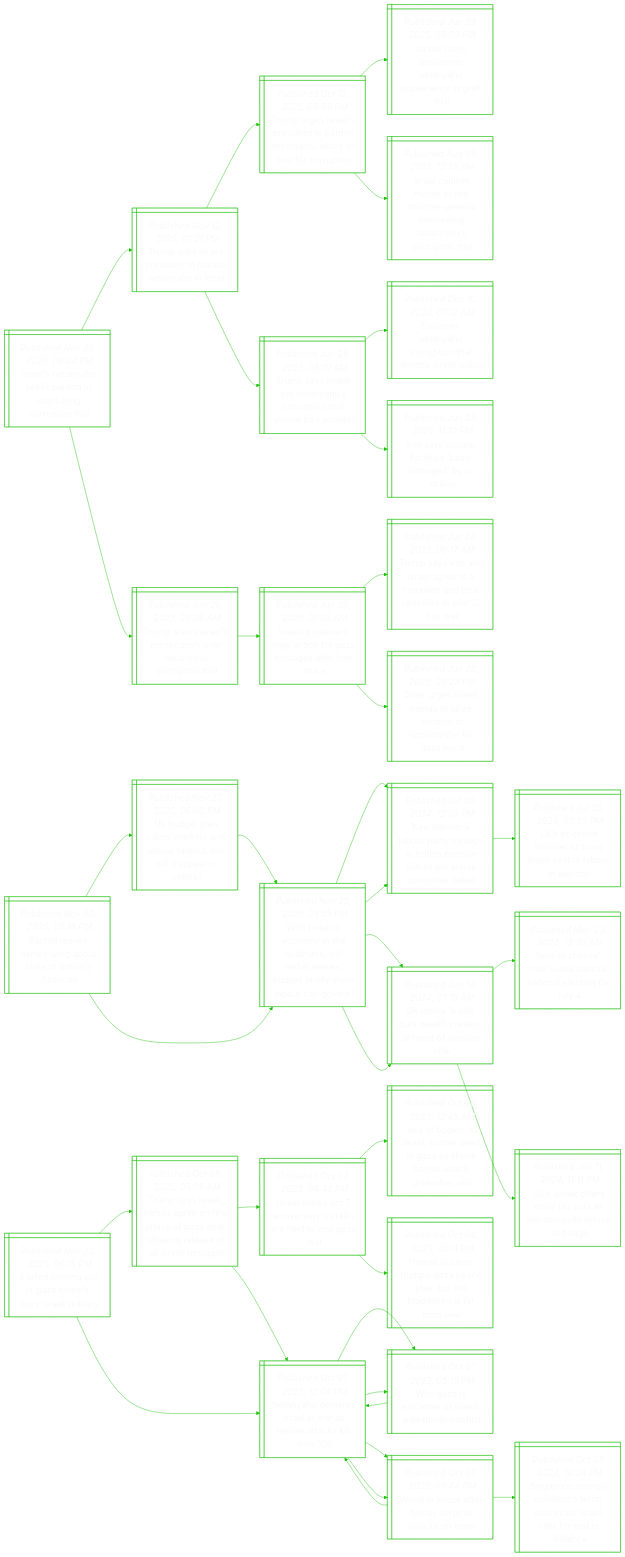
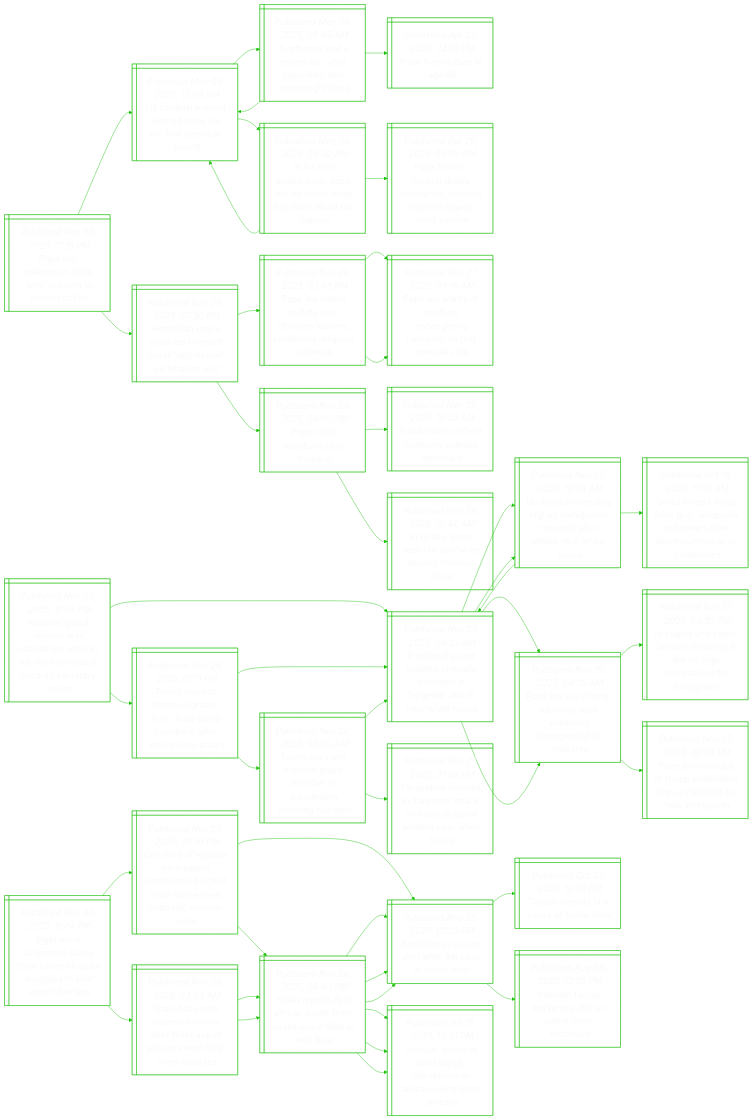
Before and after one commit to notJmes/notJmes: the diagram in README.md, drawn with Mermaid. The commit also changed other lines of this file, not shown here.

````diff
--- a/README.md
+++ b/README.md
@@ -16,118 +16,142 @@
 flowchart LR
 classDef txtsize font-size:20px;
 
-Ilausoeorii@{ shape: win-pane, label: "_Published Nov 30, 2025, 06:34 PM_
-Israel’s netanyahu seeks pardon in years-long corruption trial" }
-Tasiitdthe@{ shape: win-pane, label: "_Published Nov 12, 2025, 07:21 PM_
-Trump asks israeli president to pardon netanyahu in letter" }
-TuIlstreaororo@{ shape: win-pane, label: "_Published Oct 13, 2025, 09:09 PM_
-Trump urges israel’s president to pardon netanyahu, who’s on trial for corruption" }
-Ilrtsnarifa@{ shape: win-pane, label: "_Published Jun 29, 2025, 09:03 PM_
-Israeli court postpones netanyahu appearance in graft trial" }
-Ilnvfteeveeaotr@{ shape: win-pane, label: "_Published Aug 05, 2025, 12:55 PM_
-Israel cabinet moves to fire attorney-general overseeing netanyahu’s corruption trial" }
-Tssithriioee@{ shape: win-pane, label: "_Published Jun 26, 2025, 08:10 AM_
-Trump says israeli pm netanyahu’s corruption trial should be cancelled" }
-EieariivIll@{ shape: win-pane, label: "_Published Dec 10, 2024, 07:12 AM_
-Explainer: netanyahu corruption trial divides israeli public" }
-IacfibdeSk@{ shape: win-pane, label: "_Published Jun 25, 2025, 11:10 PM_
-Iran says nuclear facilities ‘badly damaged’ by us strikes" }
-TsIlsoeauunl@{ shape: win-pane, label: "_Published Jun 29, 2025, 08:26 AM_
-Trump slams israel’s prosecutors over netanyahu corruption trial" }
-IltreoGoeene@{ shape: win-pane, label: "_Published Jun 29, 2025, 07:05 AM_
-Israeli protesters urge action for gaza hostages after iran truce" }
-Tsrdeecedletdr@{ shape: win-pane, label: "_Published Jun 24, 2025, 06:17 AM_
-Trump says iran and israel agree to a ‘complete and total’ ceasefire to end 12-day war" }
-QuIlsinfrtGr@{ shape: win-pane, label: "_Published Jun 28, 2025, 05:23 PM_
-Qatar urges israel, hamas to seize ‘window of opportunity’ for gaza truce" }
+Peeialutaoc@{ shape: win-pane, label: "_Published Nov 30, 2025, 11:19 PM_
+Pope leo: palestinian state ‘only’ solution to israeli conflict" }
+UdPscooimat@{ shape: win-pane, label: "_Published May 09, 2025, 12:09 AM_
+Us cardinal prevost elected pope leo xiv, first american pontiff" }
+Arnclaenigi@{ shape: win-pane, label: "_Published May 09, 2025, 06:49 AM_
+A reformer and a reconciler: what pope leo’s new reign might bring" }
+Prsa@{ shape: win-pane, label: "_Published Apr 21, 2025, 04:01 PM_
+Pope francis dies at age 88" }
+UdPscooimat@{ shape: win-pane, label: "_Published May 09, 2025, 12:09 AM_
+Us cardinal prevost elected pope leo xiv, first american pontiff" }
+IfarPeoselbia@{ shape: win-pane, label: "_Published May 09, 2025, 03:40 AM_
+In his first appearance, pope leo xiv offers three big clues about his papacy" }
+UdPscooimat@{ shape: win-pane, label: "_Published May 09, 2025, 12:09 AM_
+Us cardinal prevost elected pope leo xiv, first american pontiff" }
+Prsraoddsiasv@{ shape: win-pane, label: "_Published Apr 26, 2025, 09:05 AM_
+Pope francis’ funeral draws thousands, cardinal says his legacy must survive" }
+Hlroojsienbv@{ shape: win-pane, label: "_Published Nov 29, 2025, 07:50 PM_
+Hezbollah urges pope leo to reject israeli ‘aggression’ on lebanon visit" }
+Petdsinensgvn@{ shape: win-pane, label: "_Published Nov 28, 2025, 02:58 PM_
+Pope leo meets middle east christian leaders, condemns religious violence" }
+Penocdrutivap@{ shape: win-pane, label: "_Published Nov 27, 2025, 09:18 AM_
+Pope leo warns of conflicts endangering humanity on first overseas trip" }
+Penocdrutivap@{ shape: win-pane, label: "_Published Nov 27, 2025, 09:18 AM_
+Pope leo warns of conflicts endangering humanity on first overseas trip" }
+PiIbls@{ shape: win-pane, label: "_Published Nov 29, 2025, 04:00 PM_
+Pope visits istanbul’s blue mosque" }
+Ptllhnhdm@{ shape: win-pane, label: "_Published Nov 29, 2025, 10:52 AM_
+Papal travels reflect changing catholic diplomacy" }
+Ikpkoaihiv@{ shape: win-pane, label: "_Published Nov 29, 2025, 10:46 AM_
+In turkey, pope seeks to soothe an ancient christian divide" }
 
-Ilausoeorii:::txtsize --> Tasiitdthe:::txtsize
-Tasiitdthe:::txtsize --> TuIlstreaororo:::txtsize
-TuIlstreaororo:::txtsize --> Ilrtsnarifa:::txtsize
-TuIlstreaororo:::txtsize --> Ilnvfteeveeaotr:::txtsize
-Tasiitdthe:::txtsize --> Tssithriioee:::txtsize
-Tssithriioee:::txtsize --> EieariivIll:::txtsize
-Tssithriioee:::txtsize --> IacfibdeSk:::txtsize
-Ilausoeorii:::txtsize --> TsIlsoeauunl:::txtsize
-TsIlsoeauunl:::txtsize --> IltreoGoeene:::txtsize
-IltreoGoeene:::txtsize --> Tsrdeecedletdr:::txtsize
-IltreoGoeene:::txtsize --> QuIlsinfrtGr:::txtsize
+Peeialutaoc:::txtsize --> UdPscooimat:::txtsize
+UdPscooimat:::txtsize --> Arnclaenigi:::txtsize
+Arnclaenigi:::txtsize --> Prsa:::txtsize
+Arnclaenigi:::txtsize --> UdPscooimat:::txtsize
+UdPscooimat:::txtsize --> IfarPeoselbia:::txtsize
+IfarPeoselbia:::txtsize --> UdPscooimat:::txtsize
+IfarPeoselbia:::txtsize --> Prsraoddsiasv:::txtsize
+Peeialutaoc:::txtsize --> Hlroojsienbv:::txtsize
+Hlroojsienbv:::txtsize --> Petdsinensgvn:::txtsize
+Petdsinensgvn:::txtsize --> Penocdrutivap:::txtsize
+Petdsinensgvn:::txtsize --> Penocdrutivap:::txtsize
+Hlroojsienbv:::txtsize --> PiIbls:::txtsize
+PiIbls:::txtsize --> Ptllhnhdm:::txtsize
+PiIbls:::txtsize --> Ikpkoaihiv:::txtsize
 
-RleiioaBins@{ shape: win-pane, label: "_Published Nov 30, 2025, 06:18 PM_
-Rachel reeves denies lying about state of britain’s finances" }
-Ugamknoilialt@{ shape: win-pane, label: "_Published Nov 27, 2025, 06:00 PM_
-Uk budget plan calms markets and labour faithful, but will it appeal to voters?" }
-WrnnnomlevdiyLro@{ shape: win-pane, label: "_Published Nov 25, 2025, 05:55 PM_
-With britain’s economy in the doldrums, will rachel reeves’ budget finally show labour can govern?" }
-Ktroreoiensnnsa@{ shape: win-pane, label: "_Published Jul 05, 2024, 12:05 PM_
-Keir starmer’s labour party sweeps to british election win as pm sunak concedes defeat" }
-Uoauaroeftf@{ shape: win-pane, label: "_Published Jun 13, 2024, 07:15 AM_
-Uk labour leader puts wealth creation at heart of election offer" }
-WrnnnomlevdiyLro@{ shape: win-pane, label: "_Published Nov 25, 2025, 05:55 PM_
-With britain’s economy in the doldrums, will rachel reeves’ budget finally show labour can govern?" }
-Ktroreoiensnnsa@{ shape: win-pane, label: "_Published Jul 05, 2024, 12:05 PM_
-Keir starmer’s labour party sweeps to british election win as pm sunak concedes defeat" }
-Upmtzsstoei@{ shape: win-pane, label: "_Published Jul 05, 2024, 02:25 PM_
-Uk’s ex-prime minister liz truss loses seat to labour in election" }
-Uoauaroeftf@{ shape: win-pane, label: "_Published Jun 13, 2024, 07:15 AM_
-Uk labour leader puts wealth creation at heart of election offer" }
-Toshalaacfl@{ shape: win-pane, label: "_Published May 23, 2024, 12:20 AM_
-‘time to choose’: rishi sunak calls uk national election for july 4" }
-Unfoxacpred@{ shape: win-pane, label: "_Published Jun 11, 2024, 11:11 PM_
-Uk’s sunak offers more tax cuts as election polls refuse to budge" }
+NnaowdihnyeSicrm@{ shape: win-pane, label: "_Published Nov 30, 2025, 11:06 PM_
+National guard shooter was radicalised while in us, says homeland security secretary noem" }
+Nnalsiydttteiu@{ shape: win-pane, label: "_Published Nov 27, 2025, 04:33 AM_
+2 national guard soldiers critically wounded in ‘targeted’ attack near white house" }
+Upcnhmteteaats@{ shape: win-pane, label: "_Published Nov 27, 2025, 10:58 AM_
+Us stops processing afghan immigration requests after attack near white house" }
+Nnalsiydttteiu@{ shape: win-pane, label: "_Published Nov 27, 2025, 04:33 AM_
+2 national guard soldiers critically wounded in ‘targeted’ attack near white house" }
+Pfrygkiuregncr@{ shape: win-pane, label: "_Published Oct 18, 2025, 11:35 AM_
+‘pried fingers away from gun’: wikipedia volunteers take down gunman at us conference" }
+Pespnaemipuit@{ shape: win-pane, label: "_Published Nov 19, 2025, 04:38 AM_
+Pope leo says trump administration ‘extremely disrespectful’ to migrants" }
+Ipnsohehrmirgs@{ shape: win-pane, label: "_Published Nov 17, 2025, 04:50 PM_
+In pulpits and pews, catholic churches in the us urge compassion for immigrants" }
+PeieubnUhslit@{ shape: win-pane, label: "_Published Nov 07, 2025, 06:25 PM_
+Pope leo’s critique of trump emboldens top us catholics to help immigrants" }
+TvozrnTWcrfagt@{ shape: win-pane, label: "_Published Nov 28, 2025, 01:11 PM_
+Trump vows to freeze migration from ‘third world countries’ after washington attack" }
+Nnalsiydttteiu@{ shape: win-pane, label: "_Published Nov 27, 2025, 04:33 AM_
+2 national guard soldiers critically wounded in ‘targeted’ attack near white house" }
+Upcnhmteteaats@{ shape: win-pane, label: "_Published Nov 27, 2025, 10:58 AM_
+Us stops processing afghan immigration requests after attack near white house" }
+Pespnaemipuit@{ shape: win-pane, label: "_Published Nov 19, 2025, 04:38 AM_
+Pope leo says trump administration ‘extremely disrespectful’ to migrants" }
+TsniGmrstogi@{ shape: win-pane, label: "_Published Nov 28, 2025, 09:30 AM_
+Trump says one national guard member in washington shooting has died" }
+Nnalsiydttteiu@{ shape: win-pane, label: "_Published Nov 27, 2025, 04:33 AM_
+2 national guard soldiers critically wounded in ‘targeted’ attack near white house" }
+Foosrdcaardnho@{ shape: win-pane, label: "_Published Nov 27, 2025, 01:08 PM_
+Fbi probes motives in ‘targeted’ attack on national guard soldiers near white house" }
 
-RleiioaBins:::txtsize --> Ugamknoilialt:::txtsize
-Ugamknoilialt:::txtsize --> WrnnnomlevdiyLro:::txtsize
-WrnnnomlevdiyLro:::txtsize --> Ktroreoiensnnsa:::txtsize
-WrnnnomlevdiyLro:::txtsize --> Uoauaroeftf:::txtsize
-RleiioaBins:::txtsize --> WrnnnomlevdiyLro:::txtsize
-WrnnnomlevdiyLro:::txtsize --> Ktroreoiensnnsa:::txtsize
-Ktroreoiensnnsa:::txtsize --> Upmtzsstoei:::txtsize
-WrnnnomlevdiyLro:::txtsize --> Uoauaroeftf:::txtsize
-Uoauaroeftf:::txtsize --> Toshalaacfl:::txtsize
-Uoauaroeftf:::txtsize --> Unfoxacpred:::txtsize
+NnaowdihnyeSicrm:::txtsize --> Nnalsiydttteiu:::txtsize
+Nnalsiydttteiu:::txtsize --> Upcnhmteteaats:::txtsize
+Upcnhmteteaats:::txtsize --> Nnalsiydttteiu:::txtsize
+Upcnhmteteaats:::txtsize --> Pfrygkiuregncr:::txtsize
+Nnalsiydttteiu:::txtsize --> Pespnaemipuit:::txtsize
+Pespnaemipuit:::txtsize --> Ipnsohehrmirgs:::txtsize
+Pespnaemipuit:::txtsize --> PeieubnUhslit:::txtsize
+NnaowdihnyeSicrm:::txtsize --> TvozrnTWcrfagt:::txtsize
+TvozrnTWcrfagt:::txtsize --> Nnalsiydttteiu:::txtsize
+Nnalsiydttteiu:::txtsize --> Upcnhmteteaats:::txtsize
+Nnalsiydttteiu:::txtsize --> Pespnaemipuit:::txtsize
+TvozrnTWcrfagt:::txtsize --> TsniGmrstogi:::txtsize
+TsniGmrstogi:::txtsize --> Nnalsiydttteiu:::txtsize
+TsniGmrstogi:::txtsize --> Foosrdcaardnho:::txtsize
 
-kdnoaeyair@{ shape: win-pane, label: "_Published Nov 30, 2025, 06:15 PM_
-4 killed coming out of gaza tunnels, says israeli military" }
-TssHaossaaorslaoe@{ shape: win-pane, label: "_Published Oct 09, 2025, 05:09 AM_
-Trump says israel, hamas agree on first phase of gaza deal, allowing release of all israeli hostages" }
-Ilsnrakhoar@{ shape: win-pane, label: "_Published Oct 07, 2025, 04:43 PM_
-Israel marks oct 7 anniversary as talks are held to end gaza war" }
-Sbsrcdnacaale@{ shape: win-pane, label: "_Published Oct 08, 2023, 12:45 AM_
-‘sea of bodies’ in israel, scores dead in gaza as shock hamas attack unleashes war" }
-Hatmzcnhodro@{ shape: win-pane, label: "_Published Oct 04, 2025, 05:11 PM_
-Hamas accepts trump’s gaza peace plan, but the bloodshed is far from over" }
-NyeeawHakl@{ shape: win-pane, label: "_Published Oct 07, 2023, 12:04 PM_
-Netanyahu declares israel at war as hamas attacks kill over 100" }
-WzptIleint@{ shape: win-pane, label: "_Published Oct 07, 2023, 05:15 PM_
-Why gaza is epicentre of israeli-palestinian conflict" }
-Wiceapaks@{ shape: win-pane, label: "_Published Oct 07, 2023, 06:44 PM_
-World in shock after hamas surprise attacks on israel" }
-NyeeawHakl@{ shape: win-pane, label: "_Published Oct 07, 2023, 12:04 PM_
-Netanyahu declares israel at war as hamas attacks kill over 100" }
-WzptIleint@{ shape: win-pane, label: "_Published Oct 07, 2023, 05:15 PM_
-Why gaza is epicentre of israeli-palestinian conflict" }
-NyeeawHakl@{ shape: win-pane, label: "_Published Oct 07, 2023, 12:04 PM_
-Netanyahu declares israel at war as hamas attacks kill over 100" }
-Wiceapaks@{ shape: win-pane, label: "_Published Oct 07, 2023, 06:44 PM_
-World in shock after hamas surprise attacks on israel" }
-NyeeawHakl@{ shape: win-pane, label: "_Published Oct 07, 2023, 12:04 PM_
-Netanyahu declares israel at war as hamas attacks kill over 100" }
-SptldtrcIlsnic@{ shape: win-pane, label: "_Published Oct 07, 2023, 10:24 PM_
-Singapore strongly condemns terror attacks on israel, calls for end to violence" }
+EmutivsSsgotra@{ shape: win-pane, label: "_Published Nov 30, 2025, 10:14 PM_
+Eight more suspected swine fever cases as spain struggles to limit export damage" }
+OiSskrtaldeerries@{ shape: win-pane, label: "_Published Nov 29, 2025, 09:10 PM_
+One third of spanish pork export certificates blocked since swine fever outbreak, minister says" }
+SKistrswe@{ shape: win-pane, label: "_Published Nov 25, 2025, 02:13 PM_
+South korea issues alert after 6th case of swine fever" }
+Tncrssf@{ shape: win-pane, label: "_Published Oct 23, 2025, 12:50 PM_
+Taiwan detects first cases of swine fever" }
+Vairniweua@{ shape: win-pane, label: "_Published Aug 05, 2025, 12:55 PM_
+Vietnam facing worsening african swine fever outbreaks" }
+Srtsiweainb@{ shape: win-pane, label: "_Published Nov 28, 2025, 06:43 PM_
+Spain reports first african swine fever cases since 1994 in wild boar" }
+SKistrswe@{ shape: win-pane, label: "_Published Nov 25, 2025, 02:13 PM_
+South korea issues alert after 6th case of swine fever" }
+Vanopitaiweps@{ shape: win-pane, label: "_Published Jul 18, 2025, 12:01 PM_
+Vietnam warns of food supply disruptions as african swine fever spreads" }
+Shpxsitrsfnened@{ shape: win-pane, label: "_Published Nov 29, 2025, 02:33 AM_
+Spain halts pork exports to china after first case of african swine flu in three decades" }
+Srtsiweainb@{ shape: win-pane, label: "_Published Nov 28, 2025, 06:43 PM_
+Spain reports first african swine fever cases since 1994 in wild boar" }
+SKistrswe@{ shape: win-pane, label: "_Published Nov 25, 2025, 02:13 PM_
+South korea issues alert after 6th case of swine fever" }
+Vanopitaiweps@{ shape: win-pane, label: "_Published Jul 18, 2025, 12:01 PM_
+Vietnam warns of food supply disruptions as african swine fever spreads" }
+Srtsiweainb@{ shape: win-pane, label: "_Published Nov 28, 2025, 06:43 PM_
+Spain reports first african swine fever cases since 1994 in wild boar" }
+SKistrswe@{ shape: win-pane, label: "_Published Nov 25, 2025, 02:13 PM_
+South korea issues alert after 6th case of swine fever" }
+Vanopitaiweps@{ shape: win-pane, label: "_Published Jul 18, 2025, 12:01 PM_
+Vietnam warns of food supply disruptions as african swine fever spreads" }
 
-kdnoaeyair:::txtsize --> TssHaossaaorslaoe:::txtsize
-TssHaossaaorslaoe:::txtsize --> Ilsnrakhoar:::txtsize
-Ilsnrakhoar:::txtsize --> Sbsrcdnacaale:::txtsize
-Ilsnrakhoar:::txtsize --> Hatmzcnhodro:::txtsize
-TssHaossaaorslaoe:::txtsize --> NyeeawHakl:::txtsize
-NyeeawHakl:::txtsize --> WzptIleint:::txtsize
-NyeeawHakl:::txtsize --> Wiceapaks:::txtsize
-kdnoaeyair:::txtsize --> NyeeawHakl:::txtsize
-NyeeawHakl:::txtsize --> WzptIleint:::txtsize
-WzptIleint:::txtsize --> NyeeawHakl:::txtsize
-NyeeawHakl:::txtsize --> Wiceapaks:::txtsize
-Wiceapaks:::txtsize --> NyeeawHakl:::txtsize
-Wiceapaks:::txtsize --> SptldtrcIlsnic:::txtsize
+EmutivsSsgotra:::txtsize --> OiSskrtaldeerries:::txtsize
+OiSskrtaldeerries:::txtsize --> SKistrswe:::txtsize
+SKistrswe:::txtsize --> Tncrssf:::txtsize
+SKistrswe:::txtsize --> Vairniweua:::txtsize
+OiSskrtaldeerries:::txtsize --> Srtsiweainb:::txtsize
+Srtsiweainb:::txtsize --> SKistrswe:::txtsize
+Srtsiweainb:::txtsize --> Vanopitaiweps:::txtsize
+EmutivsSsgotra:::txtsize --> Shpxsitrsfnened:::txtsize
+Shpxsitrsfnened:::txtsize --> Srtsiweainb:::txtsize
+Srtsiweainb:::txtsize --> SKistrswe:::txtsize
+Srtsiweainb:::txtsize --> Vanopitaiweps:::txtsize
+Shpxsitrsfnened:::txtsize --> Srtsiweainb:::txtsize
+Srtsiweainb:::txtsize --> SKistrswe:::txtsize
+Srtsiweainb:::txtsize --> Vanopitaiweps:::txtsize
 
 ```
````
